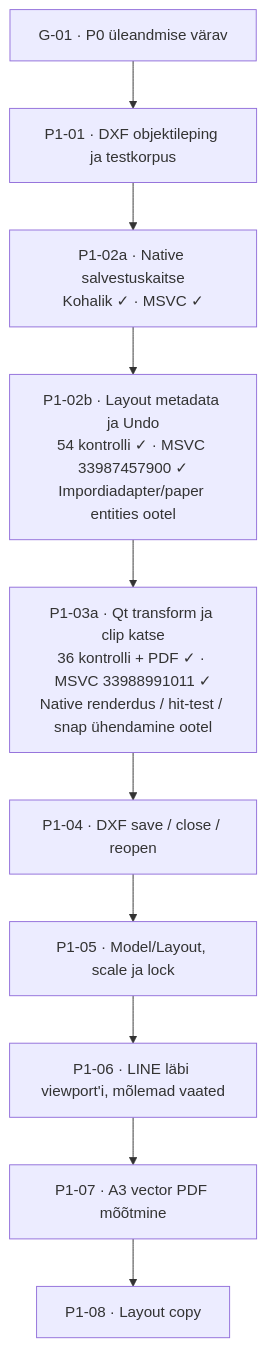
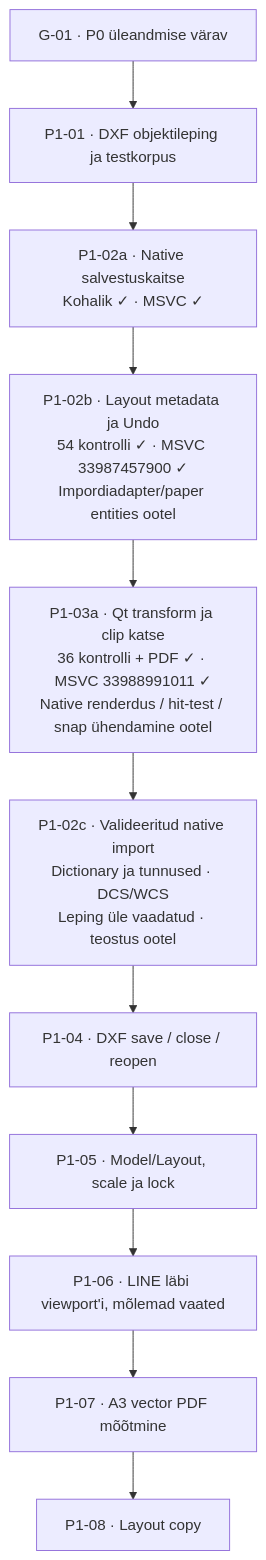
The second of 2 diagrams in docs/ROADMAP.md (T3stin-svg/kuubik-draw-native), drawn with Mermaid before and after one commit. The commit also changed other lines of this file and 19 other files, not shown here.

````diff
--- a/docs/ROADMAP.md
+++ b/docs/ROADMAP.md
@@ -175,12 +121,13 @@
 ```mermaid
 flowchart TD
     G["G-01 · P0 üleandmise värav"] --> A["P1-01 · DXF objektileping ja testkorpus"]
     A --> S["P1-02a · Native salvestuskaitse<br/>Kohalik ✓ · MSVC ✓"]
     S --> B["P1-02b · Layout metadata ja Undo<br/>54 kontrolli ✓ · MSVC 33987457900 ✓<br/>Impordiadapter/paper entities ootel"]
     B --> C["P1-03a · Qt transform ja clip katse<br/>36 kontrolli + PDF ✓ · MSVC 33988991011 ✓<br/>Native renderdus / hit-test / snap ühendamine ootel"]
-    C --> D["P1-04 · DXF save / close / reopen"]
+    C --> J["P1-02c · Valideeritud native import<br/>Dictionary ja tunnused · DCS/WCS<br/>Leping üle vaadatud · teostus ootel"]
+    J --> D["P1-04 · DXF save / close / reopen"]
     D --> E["P1-05 · Model/Layout, scale ja lock"]
     E --> F["P1-06 · LINE läbi viewport'i, mõlemad vaated"]
     F --> H["P1-07 · A3 vector PDF mõõtmine"]
     H --> I["P1-08 · Layout copy"]
 ```
````
